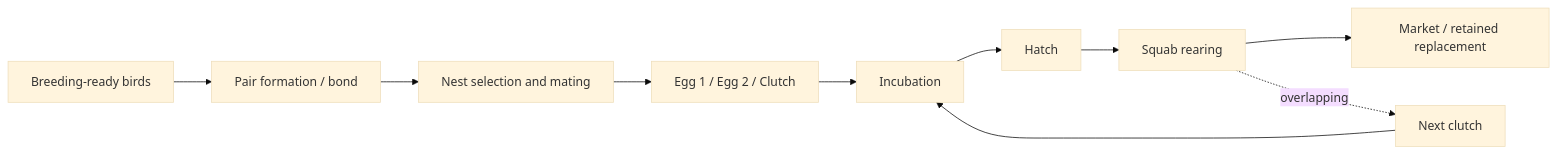
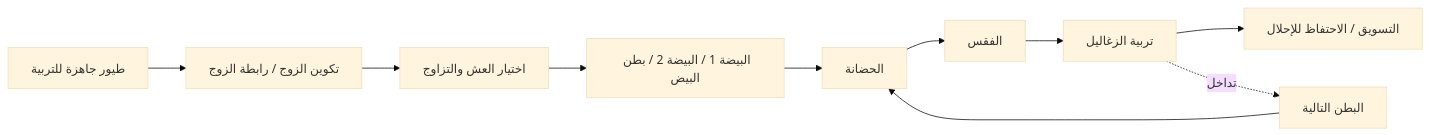
The diagram in docs/pigeon-farm-study/01-domain-research/DOMAIN-BASELINE.md (hanyfreestyle/pigeon-farm-study), drawn with Mermaid (base theme) before and after one commit. The commit also changed other lines of this file, not shown here.

````diff
--- a/docs/pigeon-farm-study/01-domain-research/DOMAIN-BASELINE.md
+++ b/docs/pigeon-farm-study/01-domain-research/DOMAIN-BASELINE.md
@@ -193,12 +193,12 @@
 ```mermaid
 flowchart LR
-    A[Breeding-ready birds] --> B[Pair formation / bond]
-    B --> C[Nest selection and mating]
-    C --> D[Egg 1 / Egg 2 / Clutch]
-    D --> E[Incubation]
-    E --> F[Hatch]
-    F --> G[Squab rearing]
-    G --> H[Market / retained replacement]
-    G -. overlapping .-> I[Next clutch]
+    A[طيور جاهزة للتربية] --> B[تكوين الزوج / رابطة الزوج]
+    B --> C[اختيار العش والتزاوج]
+    C --> D[البيضة 1 / البيضة 2 / بطن البيض]
+    D --> E[الحضانة]
+    E --> F[الفقس]
+    F --> G[تربية الزغاليل]
+    G --> H[التسويق / الاحتفاظ للإحلال]
+    G -. تداخل .-> I[البطن التالية]
     I --> E
 ```
````
